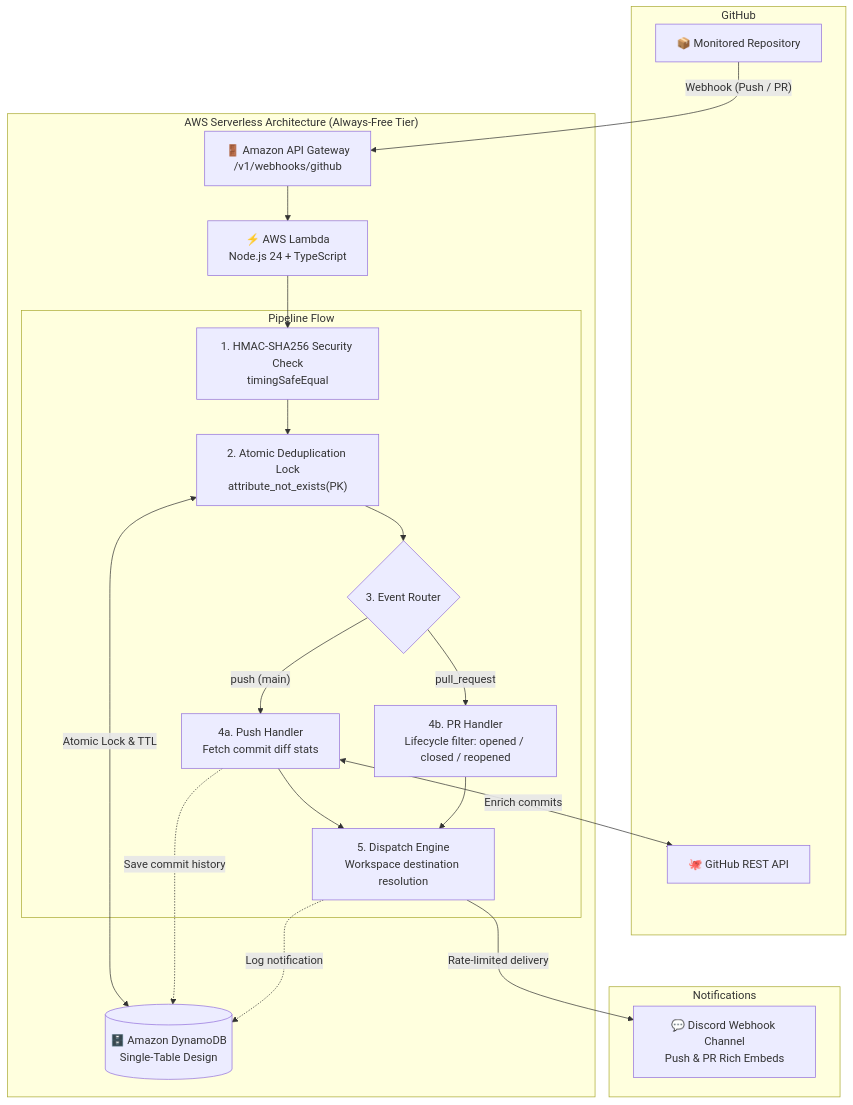
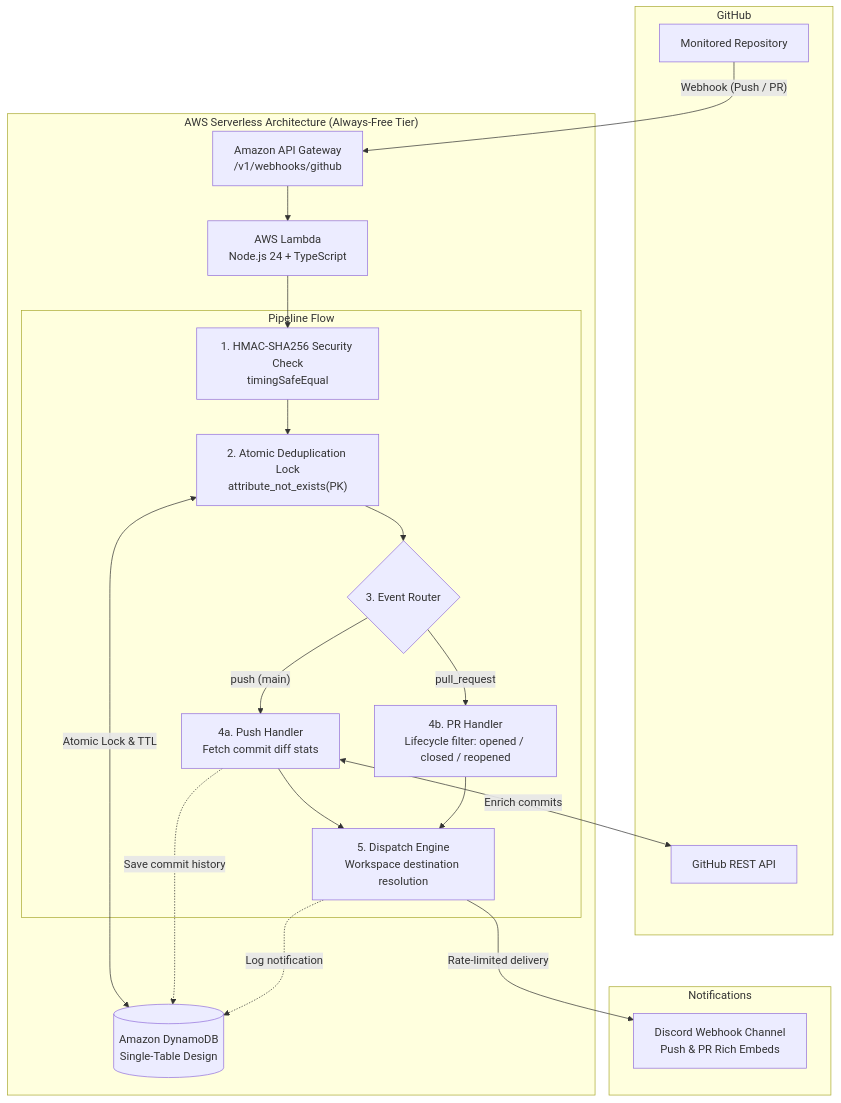
One commit to BuggyPratiK/Syncro changed the diagram in README.md. Above: the diagram before and after it, drawn with Mermaid.

Commit message:
docs: remove emojis from the architecture diagram

````diff
--- a/README.md
+++ b/README.md
@@ -24,41 +24,41 @@
 ```mermaid
 flowchart TD
     subgraph GitHub["GitHub"]
-        GH_REPO["📦 Monitored Repository"]
-        OCTOKIT["🐙 GitHub REST API"]
+        GH_REPO["Monitored Repository"]
+        OCTOKIT["GitHub REST API"]
     end
 
     subgraph AWS["AWS Serverless Architecture (Always-Free Tier)"]
-        APIGW["🚪 Amazon API Gateway<br/>/v1/webhooks/github"]
-        LAMBDA["⚡ AWS Lambda<br/>Node.js 24 + TypeScript"]
-        DDB[("🗄️ Amazon DynamoDB<br/>Single-Table Design")]
+        APIGW["Amazon API Gateway<br/>/v1/webhooks/github"]
+        LAMBDA["AWS Lambda<br/>Node.js 24 + TypeScript"]
+        DDB[("Amazon DynamoDB<br/>Single-Table Design")]
 
         subgraph Execution["Pipeline Flow"]
             SEC["1. HMAC-SHA256 Security Check<br/>timingSafeEqual"]
             DEDUP["2. Atomic Deduplication Lock<br/>attribute_not_exists(PK)"]
             ROUTER{"3. Event Router"}
             ENRICH["4a. Push Handler<br/>Fetch commit diff stats"]
             PR_FILTER["4b. PR Handler<br/>Lifecycle filter: opened / closed / reopened"]
             DISPATCH["5. Dispatch Engine<br/>Workspace destination resolution"]
         end
     end
 
     subgraph Destination["Notifications"]
-        DISCORD["💬 Discord Webhook Channel<br/>Push & PR Rich Embeds"]
+        DISCORD["Discord Webhook Channel<br/>Push & PR Rich Embeds"]
     end
 
     GH_REPO -->|"Webhook (Push / PR)"| APIGW
     APIGW --> LAMBDA
     LAMBDA --> SEC
     SEC --> DEDUP
     DEDUP <-->|"Atomic Lock & TTL"| DDB
     DEDUP --> ROUTER
     ROUTER -->|"push (main)"| ENRICH
     ROUTER -->|"pull_request"| PR_FILTER
     ENRICH <-->|"Enrich commits"| OCTOKIT
     ENRICH -.->|"Save commit history"| DDB
     ENRICH --> DISPATCH
     PR_FILTER --> DISPATCH
     DISPATCH -.->|"Log notification"| DDB
     DISPATCH -->|"Rate-limited delivery"| DISCORD
 ```
````
